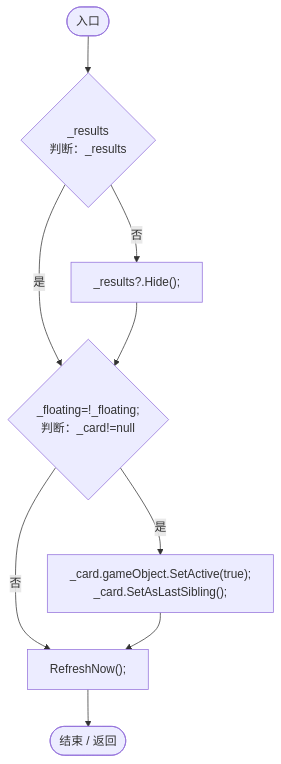
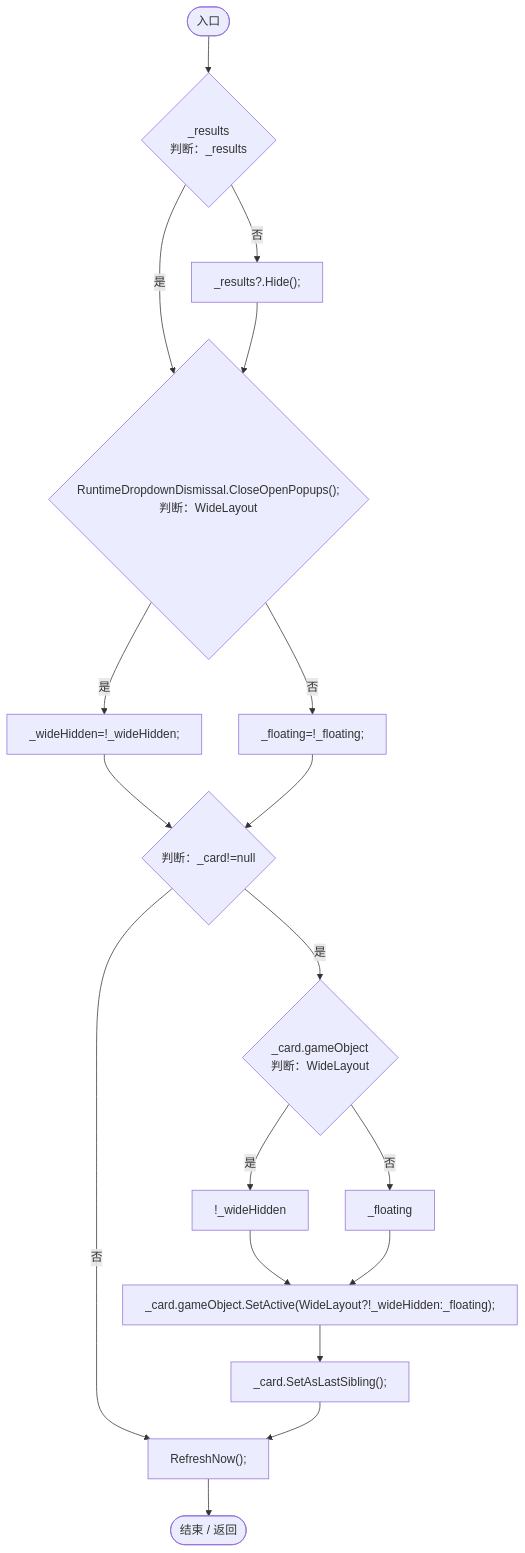
Before and after one commit to xhs6666/Darwin_paradise: diagram 30 of 34 in Docs/运行流程图/脚本/c2cd33111de06171.md, drawn with Mermaid. The commit also changed other lines of this file and 212 other files, not shown here.

````diff
--- a/Docs/运行流程图/脚本/c2cd33111de06171.md
+++ b/Docs/运行流程图/脚本/c2cd33111de06171.md
@@ -925,19 +925,35 @@
 ```mermaid
 flowchart TD
   b0(["入口"])
   b1{"_results<br/>判断：_results"}
   b2["_results?.Hide();"]
-  b3{"_floating=!_floating;<br/>判断：_card!=null"}
-  b4["_card.gameObject.SetActive(true);<br/>_card.SetAsLastSibling();"]
-  b5["RefreshNow();"]
-  b6(["结束 / 返回"])
+  b3{"RuntimeDropdownDismissal.CloseOpenPopups();<br/>判断：WideLayout"}
+  b4["_wideHidden=!_wideHidden;"]
+  b5["_floating=!_floating;"]
+  b6{"判断：_card!=null"}
+  b7{"_card.gameObject<br/>判断：WideLayout"}
+  b8["!_wideHidden"]
+  b9["_floating"]
+  b10["_card.gameObject.SetActive(WideLayout?!_wideHidden:_floating);"]
+  b11["_card.SetAsLastSibling();"]
+  b12["RefreshNow();"]
+  b13(["结束 / 返回"])
   b0 --> b1
   b1 -->|"否"| b2
   b1 -->|"是"| b3
   b2 --> b3
   b3 -->|"是"| b4
   b3 -->|"否"| b5
-  b4 --> b5
+  b4 --> b6
   b5 --> b6
+  b6 -->|"是"| b7
+  b6 -->|"否"| b12
+  b7 -->|"是"| b8
+  b7 -->|"否"| b9
+  b8 --> b10
+  b9 --> b10
+  b10 --> b11
+  b11 --> b12
+  b12 --> b13
 
 ```
````
